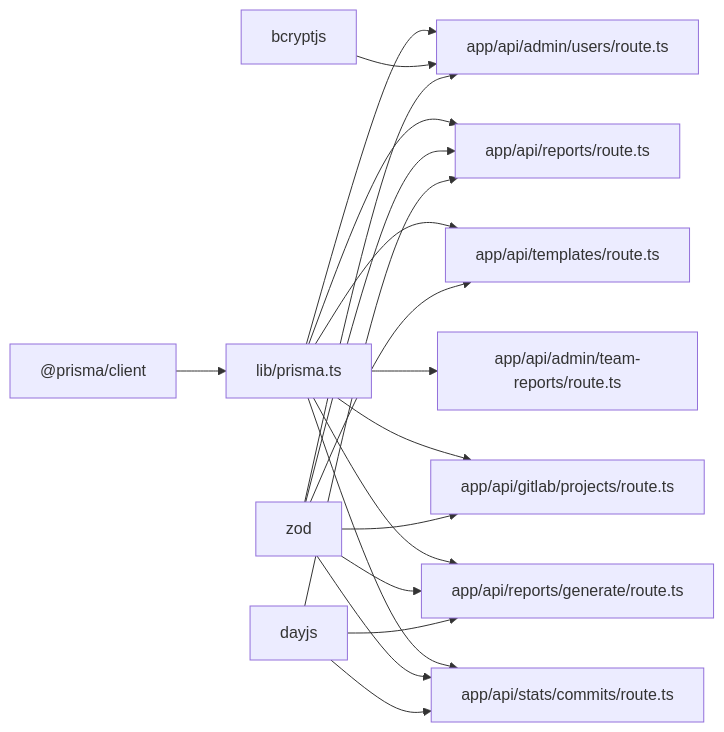
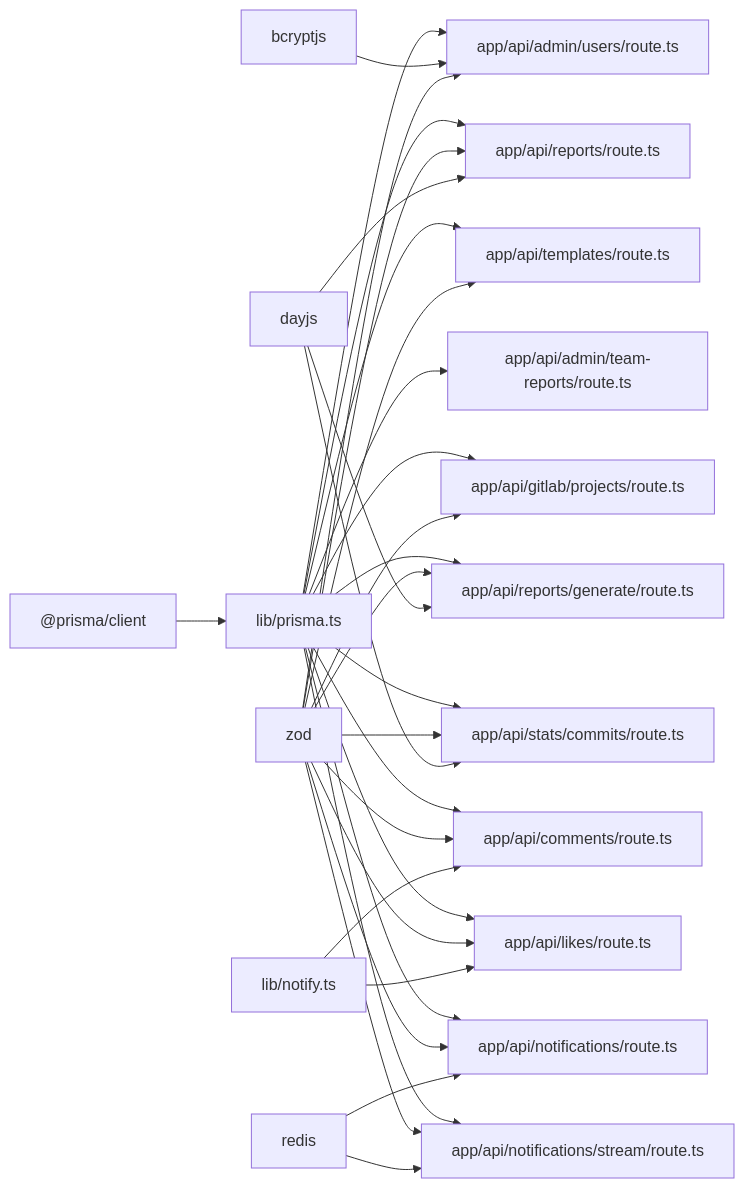
Before and after one commit to jrj444/git-daily: diagram 14 of 14 in .qoder/repowiki/en/content/Database Design/Database Design.md, drawn with Mermaid. The commit also changed other lines of this file and 12 other files, not shown here.

````diff
--- a/.qoder/repowiki/en/content/Database Design/Database Design.md
+++ b/.qoder/repowiki/en/content/Database Design/Database Design.md
@@ -448,21 +702,33 @@
 ```mermaid
 graph LR
 PrismaClient["@prisma/client"] --> LibPrisma["lib/prisma.ts"]
 LibPrisma --> APIUsers["app/api/admin/users/route.ts"]
 LibPrisma --> APIReports["app/api/reports/route.ts"]
 LibPrisma --> APITemplates["app/api/templates/route.ts"]
 LibPrisma --> APITeamReports["app/api/admin/team-reports/route.ts"]
 LibPrisma --> APIGitLabProjects["app/api/gitlab/projects/route.ts"]
 LibPrisma --> APIReportGenerate["app/api/reports/generate/route.ts"]
 LibPrisma --> APIStatsCommits["app/api/stats/commits/route.ts"]
+LibPrisma --> APIComments["app/api/comments/route.ts"]
+LibPrisma --> APILikes["app/api/likes/route.ts"]
+LibPrisma --> APINotifications["app/api/notifications/route.ts"]
+LibPrisma --> APINotificationStream["app/api/notifications/stream/route.ts"]
 bcryptjs["bcryptjs"] --> APIUsers
 zod["zod"] --> APIUsers
 zod --> APIReports
 zod --> APITemplates
 zod --> APIGitLabProjects
 zod --> APIReportGenerate
 zod --> APIStatsCommits
+zod --> APIComments
+zod --> APILikes
+zod --> APINotifications
+zod --> APINotificationStream
 dayjs["dayjs"] --> APIReports
 dayjs --> APIReportGenerate
 dayjs --> APIStatsCommits
+Redis["redis"] --> APINotificationStream
+Redis --> APINotifications
+NotifyLib["lib/notify.ts"] --> APIComments
+NotifyLib --> APILikes
 ```
````
